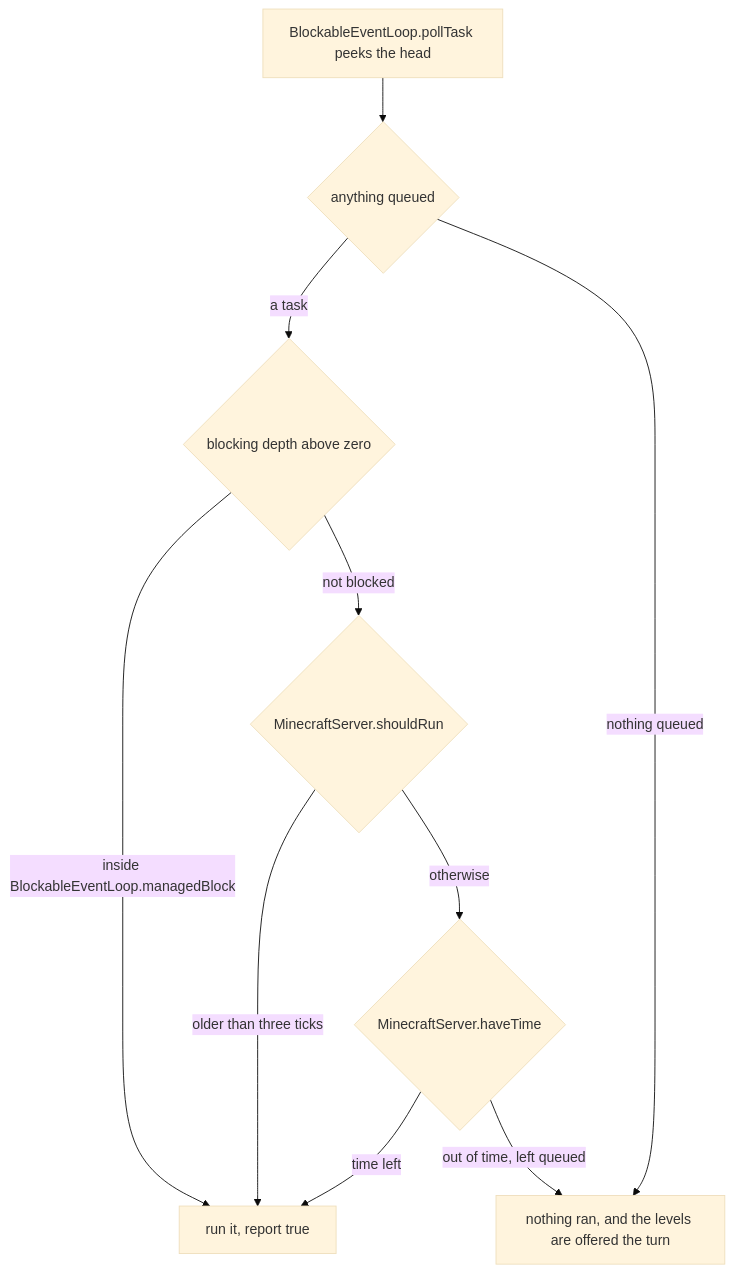
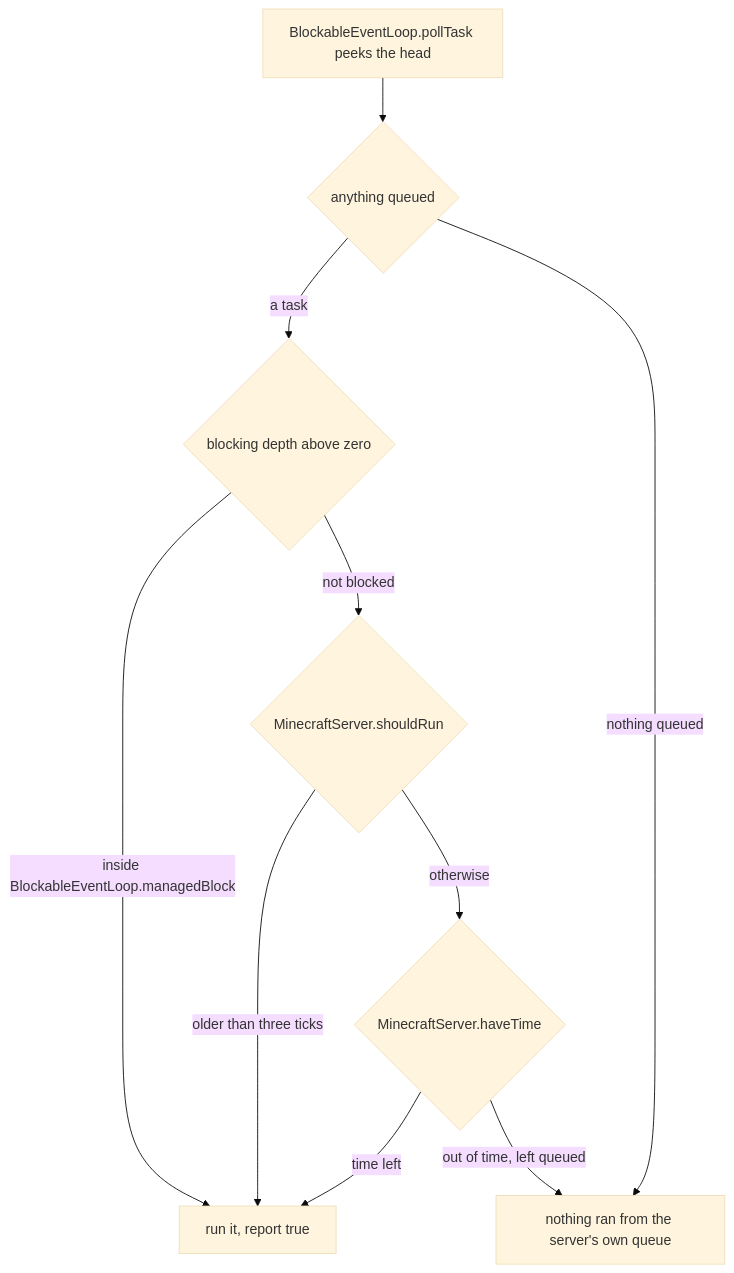
The second of 3 diagrams in src/systems/server/server-tick.md (AlexanderjFraser/MinecraftDocs), drawn with Mermaid (base theme) before and after one commit. The commit also changed other lines of this file and 15 other files, not shown here.

````diff
--- a/src/systems/server/server-tick.md
+++ b/src/systems/server/server-tick.md
@@ -327,12 +342,12 @@
 ```mermaid
 flowchart TD
     P["BlockableEventLoop.pollTask peeks the head"] --> E{"anything queued"}
     E -- "a task" --> B{"blocking depth above zero"}
     B -- "inside BlockableEventLoop.managedBlock" --> RUN["run it, report true"]
     B -- "not blocked" --> S{"MinecraftServer.shouldRun"}
     S -- "older than three ticks" --> RUN
     S -- "otherwise" --> H{"MinecraftServer.haveTime"}
     H -- "time left" --> RUN
-    H -- "out of time, left queued" --> OFF["nothing ran, and the levels are offered the turn"]
+    H -- "out of time, left queued" --> OFF["nothing ran from the server's own queue"]
     E -- "nothing queued" --> OFF
 ```
````
